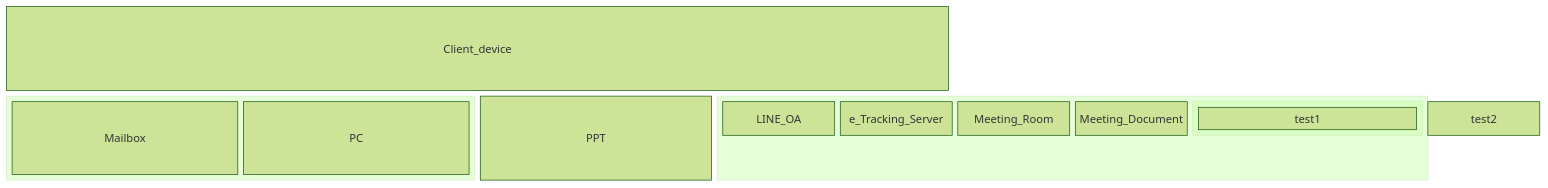
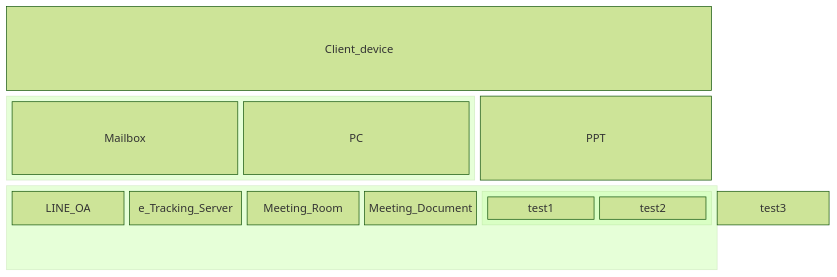
Before and after one commit to Kietpawpan/pdpa: the sixth of 6 diagrams in README.md, drawn with Mermaid (forest theme).

````diff
--- a/README.md
+++ b/README.md
@@ -123,19 +123,19 @@
 ```mermaid
 block-beta
-  columns 4
-  Client_device:4
+  columns 3
+  Client_device:3
   block:group1:2
     columns 2
     Mailbox PC
   end
   PPT
   block:group2:3
     %% columns auto (default)
     LINE_OA e_Tracking_Server Meeting_Room Meeting_Document
   block:group3:2
    %% columns auto (default)
-	test1
+	test1 test2
   end
-	test2
+	test3
 end
 ```
````
